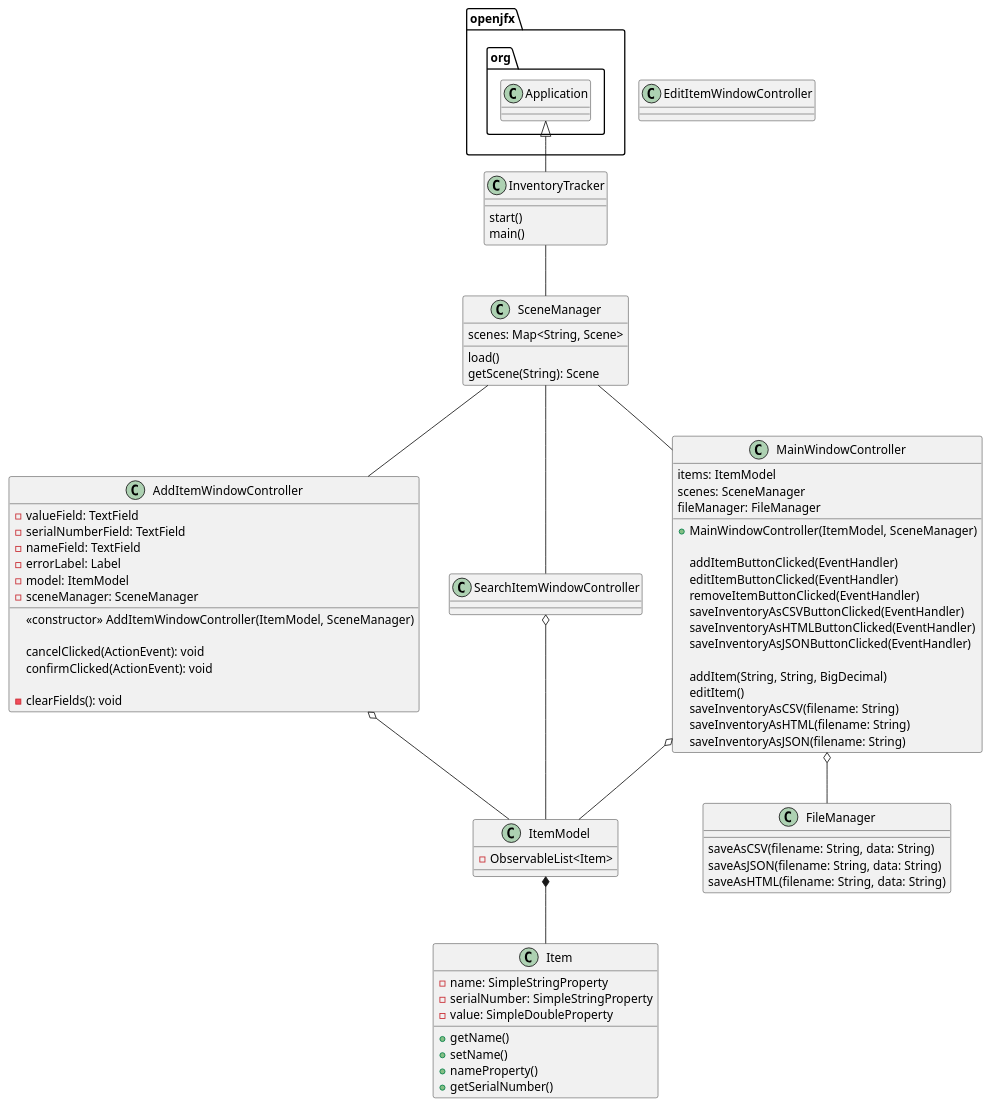
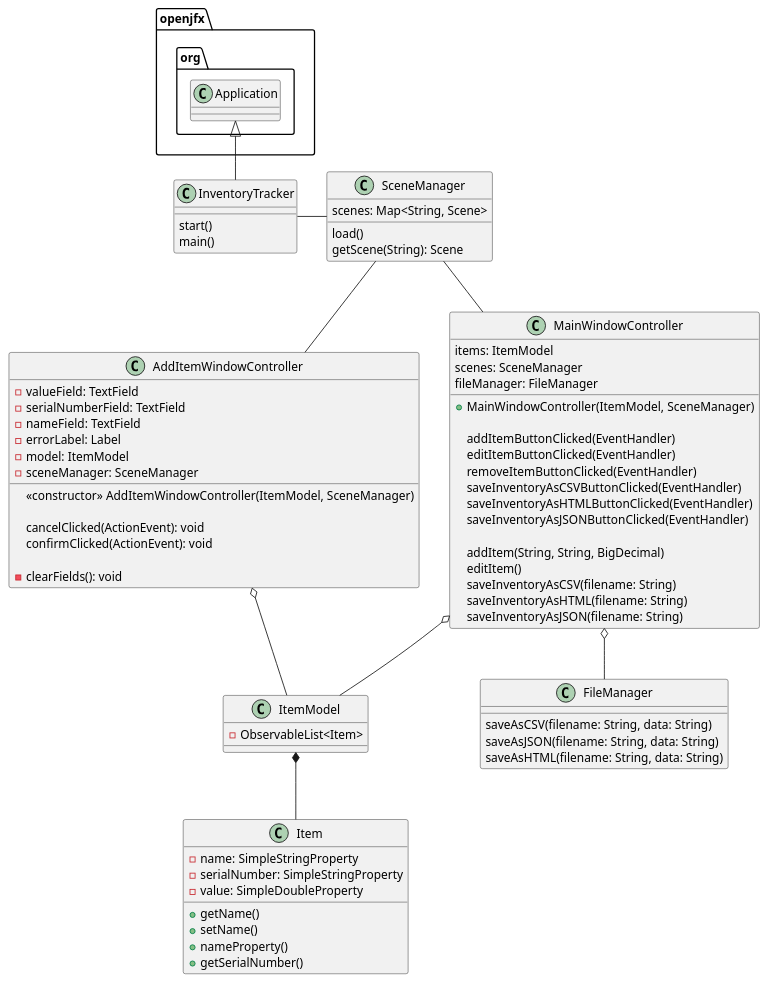
The diagram in uml/Assignment5.puml (GSabiniPanini/Assignment5), drawn with PlantUML before and after one commit. The commit also changed 4 other files, not shown here.

```diff
--- a/uml/Assignment5.puml
+++ b/uml/Assignment5.puml
@@ -1,90 +1,81 @@
 @startuml
 
 class InventoryTracker {
     start()
     main()
 }
 
 class SceneManager {
     scenes: Map<String, Scene>
 
     load()
     getScene(String): Scene
 }
 
 class MainWindowController {
     items: ItemModel
     scenes: SceneManager
     fileManager: FileManager
 
     + MainWindowController(ItemModel, SceneManager)
 
     addItemButtonClicked(EventHandler)
     editItemButtonClicked(EventHandler)
     removeItemButtonClicked(EventHandler)
     saveInventoryAsCSVButtonClicked(EventHandler)
     saveInventoryAsHTMLButtonClicked(EventHandler)
     saveInventoryAsJSONButtonClicked(EventHandler)
 
     addItem(String, String, BigDecimal)
     editItem()
     saveInventoryAsCSV(filename: String)
     saveInventoryAsHTML(filename: String)
     saveInventoryAsJSON(filename: String)
 }
 
 class AddItemWindowController {
     - valueField: TextField
     - serialNumberField: TextField
     - nameField: TextField
     - errorLabel: Label
     - model: ItemModel
     - sceneManager: SceneManager
 
     <<constructor>> AddItemWindowController(ItemModel, SceneManager)
 
     cancelClicked(ActionEvent): void
     confirmClicked(ActionEvent): void
 
     - clearFields(): void
 }
 
-class EditItemWindowController {
-}
-
-
-class SearchItemWindowController {
-}
-
 class ItemModel {
     - ObservableList<Item>
 }
 
 class Item {
     - name: SimpleStringProperty
     - serialNumber: SimpleStringProperty
     - value: SimpleDoubleProperty
 
     + getName()
     + setName()
     + nameProperty()
     + getSerialNumber()
 }
 
 class FileManager {
     saveAsCSV(filename: String, data: String)
     saveAsJSON(filename: String, data: String)
     saveAsHTML(filename: String, data: String)
 }
 
 openjfx.org.Application <|-- InventoryTracker
-InventoryTracker -- SceneManager
+InventoryTracker - SceneManager
 SceneManager -- MainWindowController
 SceneManager -- AddItemWindowController
-SceneManager -- SearchItemWindowController
 MainWindowController o-- ItemModel
 AddItemWindowController o-- ItemModel
-SearchItemWindowController o-- ItemModel
 ItemModel *-- Item
 MainWindowController o-- FileManager
 @enduml
```
